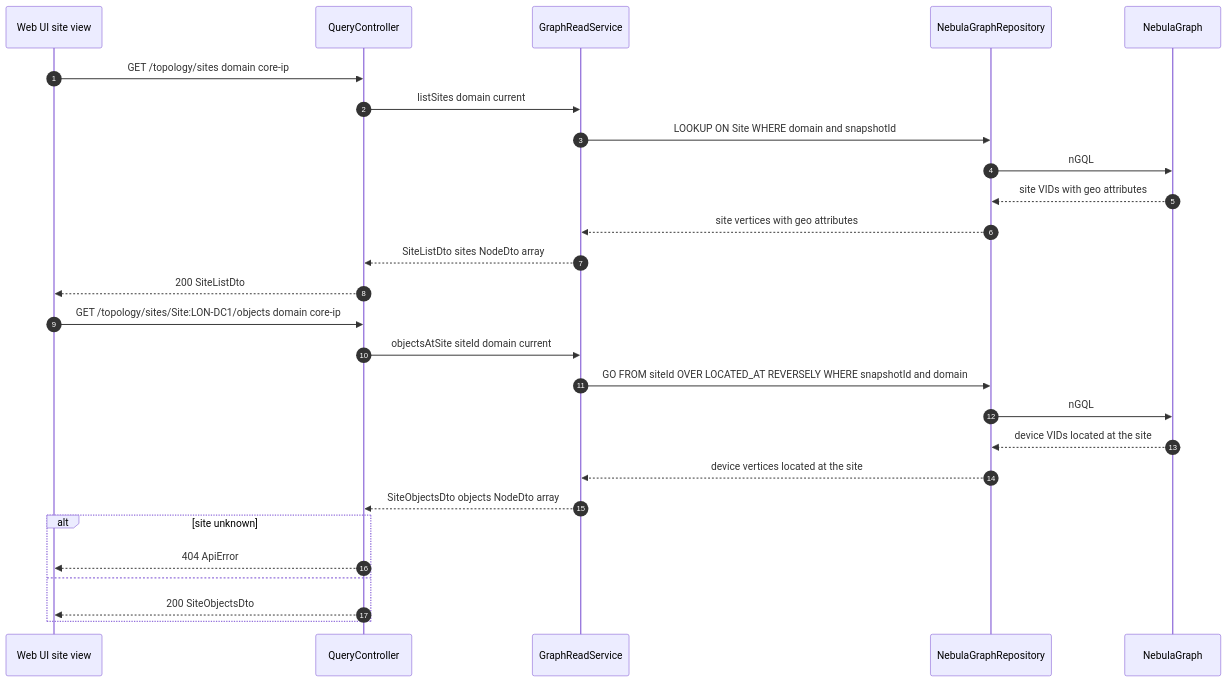
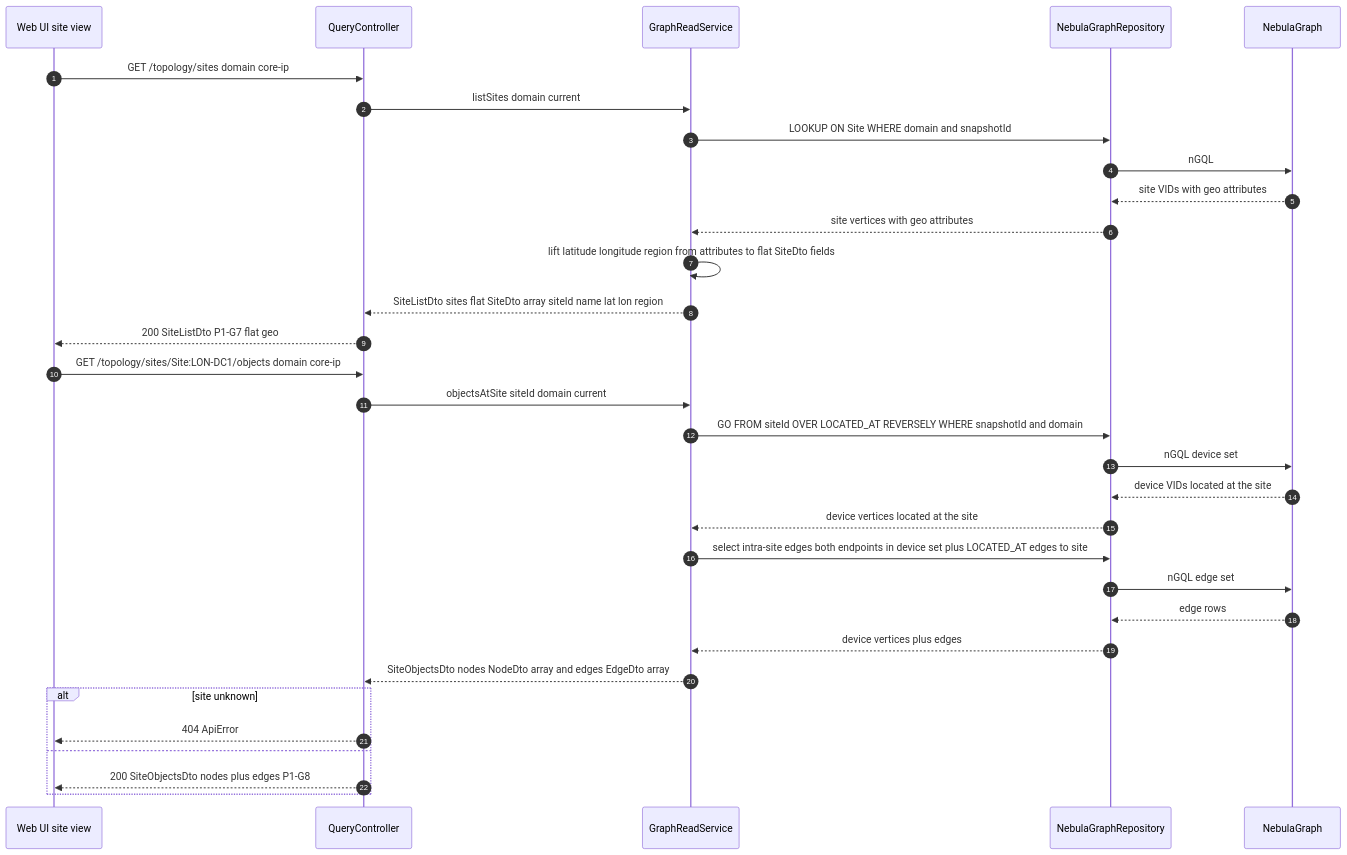
Before and after one commit to nikhilmohan/correlation-platform: the seventh of 11 diagrams in services/topology/design.md, drawn with Mermaid. The commit also changed other lines of this file and 2 other files, not shown here.

````diff
--- a/services/topology/design.md
+++ b/services/topology/design.md
@@ -748,31 +852,36 @@
 ```mermaid
 sequenceDiagram
   autonumber
   participant UI as Web UI site view
   participant QC as QueryController
   participant GR as GraphReadService
   participant REPO as NebulaGraphRepository
   participant NEB as NebulaGraph
 
   UI->>QC: GET /topology/sites domain core-ip
   QC->>GR: listSites domain current
   GR->>REPO: LOOKUP ON Site WHERE domain and snapshotId
   REPO->>NEB: nGQL
   NEB-->>REPO: site VIDs with geo attributes
   REPO-->>GR: site vertices with geo attributes
-  GR-->>QC: SiteListDto sites NodeDto array
-  QC-->>UI: 200 SiteListDto
+  GR->>GR: lift latitude longitude region from attributes to flat SiteDto fields
+  GR-->>QC: SiteListDto sites flat SiteDto array siteId name lat lon region
+  QC-->>UI: 200 SiteListDto P1-G7 flat geo
 
   UI->>QC: GET /topology/sites/Site:LON-DC1/objects domain core-ip
   QC->>GR: objectsAtSite siteId domain current
   GR->>REPO: GO FROM siteId OVER LOCATED_AT REVERSELY WHERE snapshotId and domain
-  REPO->>NEB: nGQL
+  REPO->>NEB: nGQL device set
   NEB-->>REPO: device VIDs located at the site
   REPO-->>GR: device vertices located at the site
-  GR-->>QC: SiteObjectsDto objects NodeDto array
+  GR->>REPO: select intra-site edges both endpoints in device set plus LOCATED_AT edges to site
+  REPO->>NEB: nGQL edge set
+  NEB-->>REPO: edge rows
+  REPO-->>GR: device vertices plus edges
+  GR-->>QC: SiteObjectsDto nodes NodeDto array and edges EdgeDto array
   alt site unknown
     QC-->>UI: 404 ApiError
   else
-    QC-->>UI: 200 SiteObjectsDto
+    QC-->>UI: 200 SiteObjectsDto nodes plus edges P1-G8
   end
 ```
````
